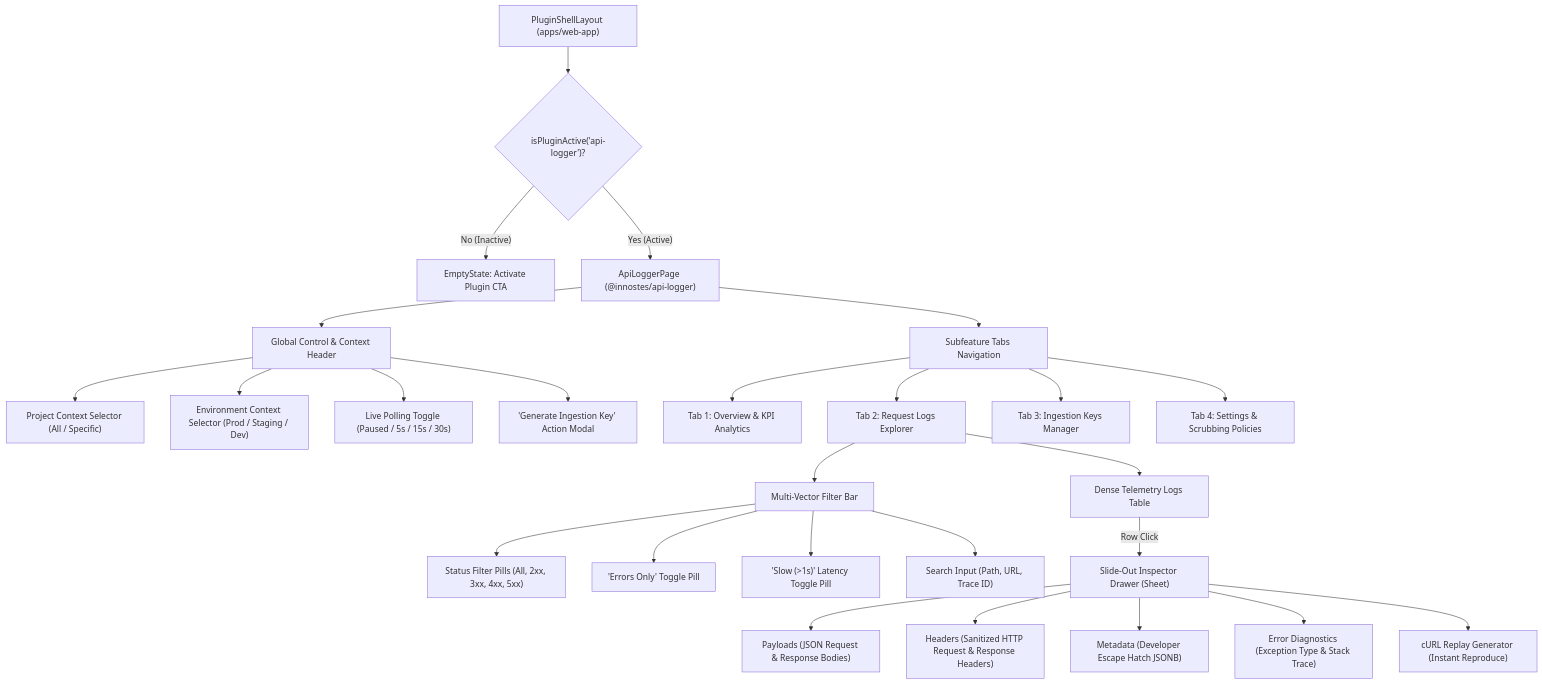
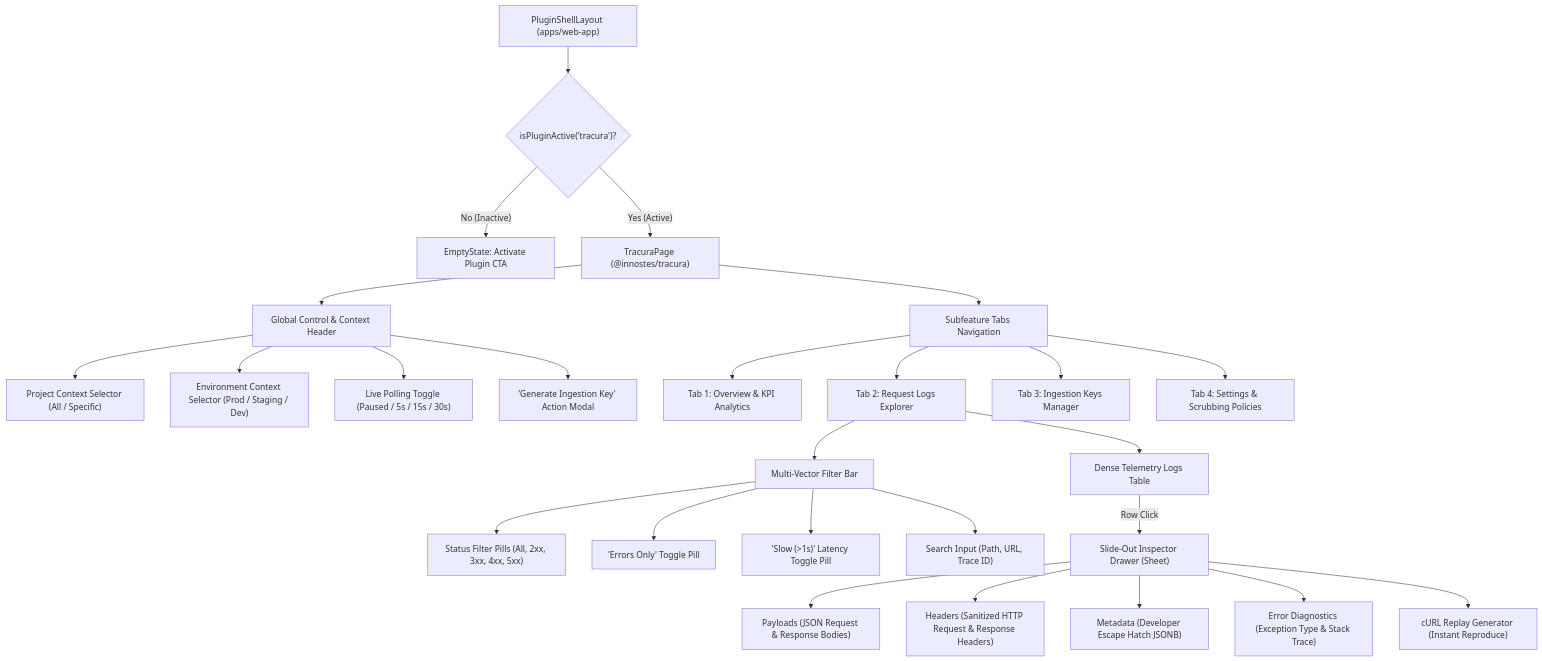
Before and after one commit to innostes-dev/erp: the second of 5 diagrams in plugins/tracura/ARCHITECTURE.md, drawn with Mermaid. The commit also changed other lines of this file and 5 other files, not shown here.

Commit message:
docs(tracura): update comprehensive architecture, REST reference, and dev-docs guide

````diff
--- a/plugins/tracura/ARCHITECTURE.md
+++ b/plugins/tracura/ARCHITECTURE.md
@@ -423,33 +423,33 @@
 ```mermaid
 flowchart TD
-    Shell["PluginShellLayout (apps/web-app)"] --> Check{"isPluginActive('api-logger')?"}
+    Shell["PluginShellLayout (apps/web-app)"] --> Check{"isPluginActive('tracura')?"}
     Check -- "No (Inactive)" --> InactiveState["EmptyState: Activate Plugin CTA"]
-    Check -- "Yes (Active)" --> ApiLoggerPage["ApiLoggerPage (@innostes/api-logger)"]
+    Check -- "Yes (Active)" --> TracuraPage["TracuraPage (@innostes/tracura)"]
 
-    ApiLoggerPage --> GlobalBar["Global Control & Context Header"]
+    TracuraPage --> GlobalBar["Global Control & Context Header"]
     GlobalBar --> ProjectSelect["Project Context Selector (All / Specific)"]
     GlobalBar --> EnvSelect["Environment Context Selector (Prod / Staging / Dev)"]
     GlobalBar --> LivePolling["Live Polling Toggle (Paused / 5s / 15s / 30s)"]
     GlobalBar --> KeyModalTrigger["'Generate Ingestion Key' Action Modal"]
 
-    ApiLoggerPage --> TabNav["Subfeature Tabs Navigation"]
+    TracuraPage --> TabNav["Subfeature Tabs Navigation"]
     TabNav --> OverviewView["Tab 1: Overview & KPI Analytics"]
     TabNav --> ExplorerView["Tab 2: Request Logs Explorer"]
     TabNav --> KeysView["Tab 3: Ingestion Keys Manager"]
     TabNav --> SettingsView["Tab 4: Settings & Scrubbing Policies"]
 
     ExplorerView --> FilterBar["Multi-Vector Filter Bar"]
     FilterBar --> StatusPills["Status Filter Pills (All, 2xx, 3xx, 4xx, 5xx)"]
     FilterBar --> ErrorsOnly["'Errors Only' Toggle Pill"]
     FilterBar --> SlowToggle["'Slow (>1s)' Latency Toggle Pill"]
     FilterBar --> SearchBox["Search Input (Path, URL, Trace ID)"]
 
     ExplorerView --> LogsTable["Dense Telemetry Logs Table"]
     LogsTable -->|"Row Click"| Drawer["Slide-Out Inspector Drawer (Sheet)"]
 
     Drawer --> PayloadTab["Payloads (JSON Request & Response Bodies)"]
     Drawer --> HeadersTab["Headers (Sanitized HTTP Request & Response Headers)"]
     Drawer --> MetaTab["Metadata (Developer Escape Hatch JSONB)"]
     Drawer --> ErrorTab["Error Diagnostics (Exception Type & Stack Trace)"]
     Drawer --> CurlTab["cURL Replay Generator (Instant Reproduce)"]
 ```
````
